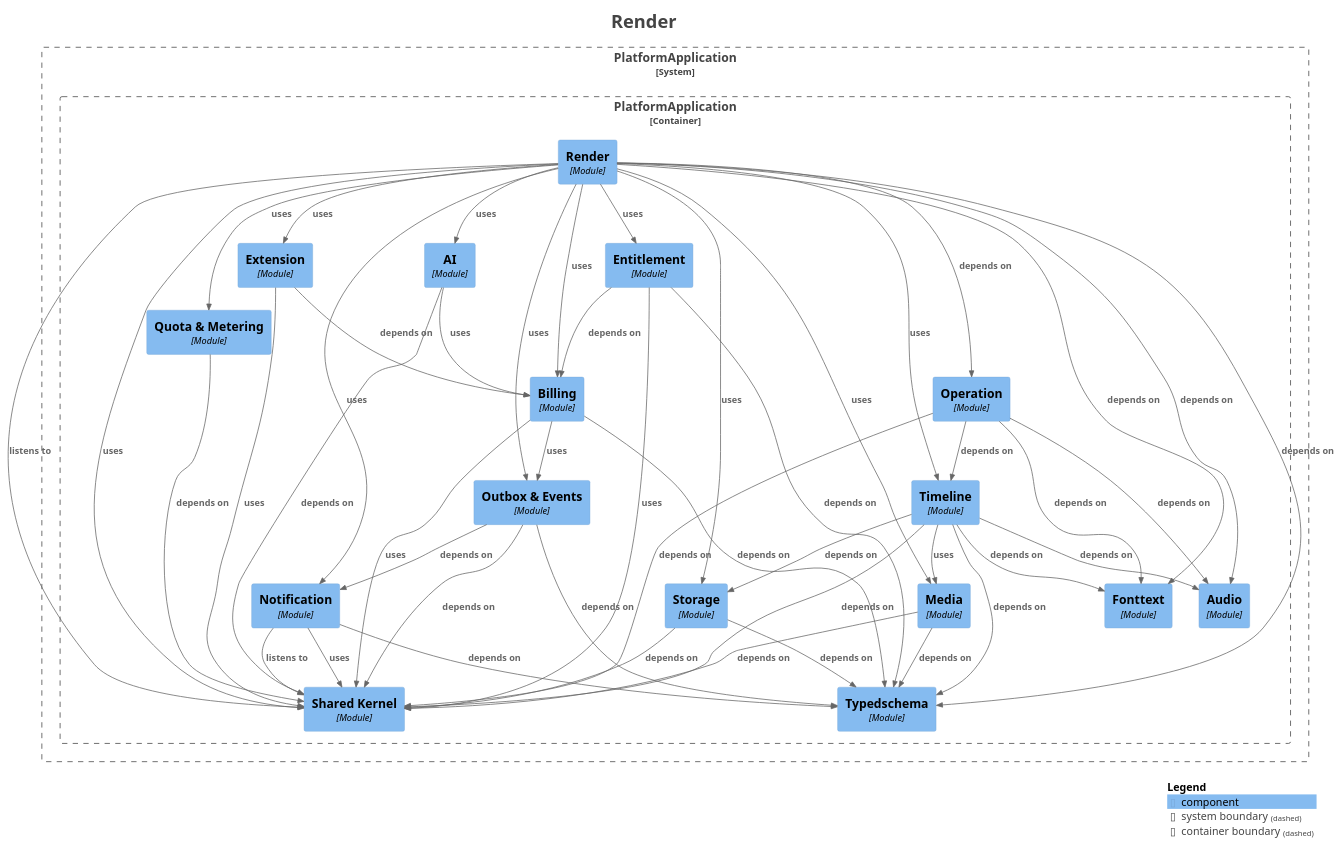
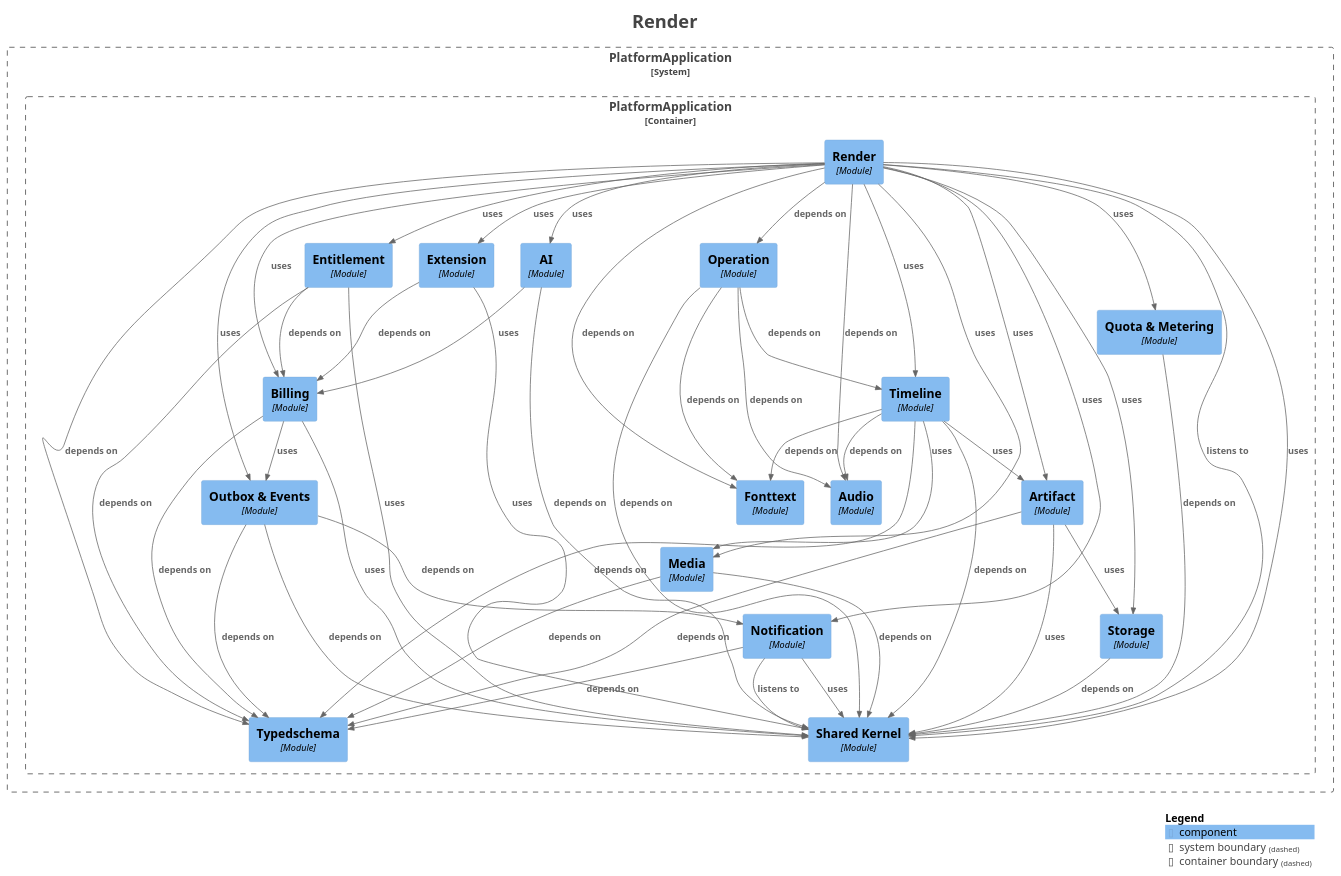
Before and after one commit to shangxq007/media-platform: the diagram in platform-app/docs/architecture/maps/generated/modulith/module-render.puml, drawn with PlantUML. The commit also changed 163 other files, not shown here.

```diff
--- a/platform-app/docs/architecture/maps/generated/modulith/module-render.puml
+++ b/platform-app/docs/architecture/maps/generated/modulith/module-render.puml
@@ -1,90 +1,94 @@
 @startuml
 title <size:24>Render</size>
 
 set separator none
 top to bottom direction
 
 <style>
   root {
     BackgroundColor: #ffffff
     FontColor: #444444
   }
 </style>
 
 !include <C4/C4>
 !include <C4/C4_Context>
 !include <C4/C4_Component>
 
 System_Boundary("PlatformApplication_boundary", "PlatformApplication", $tags="") {
   Container_Boundary("PlatformApplication.PlatformApplication_boundary", "PlatformApplication", $tags="") {
     Component(PlatformApplication.PlatformApplication.Entitlement, "Entitlement", $techn="Module", $descr="", $tags="", $link="")
     Component(PlatformApplication.PlatformApplication.Extension, "Extension", $techn="Module", $descr="", $tags="", $link="")
     Component(PlatformApplication.PlatformApplication.Fonttext, "Fonttext", $techn="Module", $descr="", $tags="", $link="")
     Component(PlatformApplication.PlatformApplication.Media, "Media", $techn="Module", $descr="", $tags="", $link="")
     Component(PlatformApplication.PlatformApplication.Notification, "Notification", $techn="Module", $descr="", $tags="", $link="")
     Component(PlatformApplication.PlatformApplication.AI, "AI", $techn="Module", $descr="", $tags="", $link="")
     Component(PlatformApplication.PlatformApplication.Operation, "Operation", $techn="Module", $descr="", $tags="", $link="")
     Component(PlatformApplication.PlatformApplication.OutboxEvents, "Outbox & Events", $techn="Module", $descr="", $tags="", $link="")
     Component(PlatformApplication.PlatformApplication.QuotaMetering, "Quota & Metering", $techn="Module", $descr="", $tags="", $link="")
     Component(PlatformApplication.PlatformApplication.Render, "Render", $techn="Module", $descr="", $tags="", $link="")
     Component(PlatformApplication.PlatformApplication.SharedKernel, "Shared Kernel", $techn="Module", $descr="", $tags="", $link="")
     Component(PlatformApplication.PlatformApplication.Storage, "Storage", $techn="Module", $descr="", $tags="", $link="")
     Component(PlatformApplication.PlatformApplication.Timeline, "Timeline", $techn="Module", $descr="", $tags="", $link="")
     Component(PlatformApplication.PlatformApplication.Typedschema, "Typedschema", $techn="Module", $descr="", $tags="", $link="")
+    Component(PlatformApplication.PlatformApplication.Artifact, "Artifact", $techn="Module", $descr="", $tags="", $link="")
     Component(PlatformApplication.PlatformApplication.Audio, "Audio", $techn="Module", $descr="", $tags="", $link="")
     Component(PlatformApplication.PlatformApplication.Billing, "Billing", $techn="Module", $descr="", $tags="", $link="")
   }
 
 }
 
 Rel(PlatformApplication.PlatformApplication.AI, PlatformApplication.PlatformApplication.Billing, "uses", $techn="", $tags="", $link="")
 Rel(PlatformApplication.PlatformApplication.AI, PlatformApplication.PlatformApplication.SharedKernel, "depends on", $techn="", $tags="", $link="")
+Rel(PlatformApplication.PlatformApplication.Artifact, PlatformApplication.PlatformApplication.SharedKernel, "uses", $techn="", $tags="", $link="")
+Rel(PlatformApplication.PlatformApplication.Artifact, PlatformApplication.PlatformApplication.Storage, "uses", $techn="", $tags="", $link="")
+Rel(PlatformApplication.PlatformApplication.Artifact, PlatformApplication.PlatformApplication.Typedschema, "depends on", $techn="", $tags="", $link="")
 Rel(PlatformApplication.PlatformApplication.Billing, PlatformApplication.PlatformApplication.OutboxEvents, "uses", $techn="", $tags="", $link="")
 Rel(PlatformApplication.PlatformApplication.Billing, PlatformApplication.PlatformApplication.SharedKernel, "uses", $techn="", $tags="", $link="")
 Rel(PlatformApplication.PlatformApplication.Billing, PlatformApplication.PlatformApplication.Typedschema, "depends on", $techn="", $tags="", $link="")
 Rel(PlatformApplication.PlatformApplication.Entitlement, PlatformApplication.PlatformApplication.Billing, "depends on", $techn="", $tags="", $link="")
 Rel(PlatformApplication.PlatformApplication.Entitlement, PlatformApplication.PlatformApplication.SharedKernel, "uses", $techn="", $tags="", $link="")
 Rel(PlatformApplication.PlatformApplication.Entitlement, PlatformApplication.PlatformApplication.Typedschema, "depends on", $techn="", $tags="", $link="")
 Rel(PlatformApplication.PlatformApplication.Extension, PlatformApplication.PlatformApplication.Billing, "depends on", $techn="", $tags="", $link="")
 Rel(PlatformApplication.PlatformApplication.Extension, PlatformApplication.PlatformApplication.SharedKernel, "uses", $techn="", $tags="", $link="")
 Rel(PlatformApplication.PlatformApplication.Media, PlatformApplication.PlatformApplication.SharedKernel, "depends on", $techn="", $tags="", $link="")
 Rel(PlatformApplication.PlatformApplication.Media, PlatformApplication.PlatformApplication.Typedschema, "depends on", $techn="", $tags="", $link="")
 Rel(PlatformApplication.PlatformApplication.Notification, PlatformApplication.PlatformApplication.SharedKernel, "listens to", $techn="", $tags="", $link="")
 Rel(PlatformApplication.PlatformApplication.Notification, PlatformApplication.PlatformApplication.SharedKernel, "uses", $techn="", $tags="", $link="")
 Rel(PlatformApplication.PlatformApplication.Notification, PlatformApplication.PlatformApplication.Typedschema, "depends on", $techn="", $tags="", $link="")
 Rel(PlatformApplication.PlatformApplication.Operation, PlatformApplication.PlatformApplication.Audio, "depends on", $techn="", $tags="", $link="")
 Rel(PlatformApplication.PlatformApplication.Operation, PlatformApplication.PlatformApplication.Fonttext, "depends on", $techn="", $tags="", $link="")
 Rel(PlatformApplication.PlatformApplication.Operation, PlatformApplication.PlatformApplication.SharedKernel, "depends on", $techn="", $tags="", $link="")
 Rel(PlatformApplication.PlatformApplication.Operation, PlatformApplication.PlatformApplication.Timeline, "depends on", $techn="", $tags="", $link="")
 Rel(PlatformApplication.PlatformApplication.OutboxEvents, PlatformApplication.PlatformApplication.Notification, "depends on", $techn="", $tags="", $link="")
 Rel(PlatformApplication.PlatformApplication.OutboxEvents, PlatformApplication.PlatformApplication.SharedKernel, "depends on", $techn="", $tags="", $link="")
 Rel(PlatformApplication.PlatformApplication.OutboxEvents, PlatformApplication.PlatformApplication.Typedschema, "depends on", $techn="", $tags="", $link="")
 Rel(PlatformApplication.PlatformApplication.QuotaMetering, PlatformApplication.PlatformApplication.SharedKernel, "depends on", $techn="", $tags="", $link="")
 Rel(PlatformApplication.PlatformApplication.Render, PlatformApplication.PlatformApplication.AI, "uses", $techn="", $tags="", $link="")
+Rel(PlatformApplication.PlatformApplication.Render, PlatformApplication.PlatformApplication.Artifact, "uses", $techn="", $tags="", $link="")
 Rel(PlatformApplication.PlatformApplication.Render, PlatformApplication.PlatformApplication.Audio, "depends on", $techn="", $tags="", $link="")
 Rel(PlatformApplication.PlatformApplication.Render, PlatformApplication.PlatformApplication.Billing, "uses", $techn="", $tags="", $link="")
 Rel(PlatformApplication.PlatformApplication.Render, PlatformApplication.PlatformApplication.Entitlement, "uses", $techn="", $tags="", $link="")
 Rel(PlatformApplication.PlatformApplication.Render, PlatformApplication.PlatformApplication.Extension, "uses", $techn="", $tags="", $link="")
 Rel(PlatformApplication.PlatformApplication.Render, PlatformApplication.PlatformApplication.Fonttext, "depends on", $techn="", $tags="", $link="")
 Rel(PlatformApplication.PlatformApplication.Render, PlatformApplication.PlatformApplication.Media, "uses", $techn="", $tags="", $link="")
 Rel(PlatformApplication.PlatformApplication.Render, PlatformApplication.PlatformApplication.Notification, "uses", $techn="", $tags="", $link="")
 Rel(PlatformApplication.PlatformApplication.Render, PlatformApplication.PlatformApplication.Operation, "depends on", $techn="", $tags="", $link="")
 Rel(PlatformApplication.PlatformApplication.Render, PlatformApplication.PlatformApplication.OutboxEvents, "uses", $techn="", $tags="", $link="")
 Rel(PlatformApplication.PlatformApplication.Render, PlatformApplication.PlatformApplication.QuotaMetering, "uses", $techn="", $tags="", $link="")
 Rel(PlatformApplication.PlatformApplication.Render, PlatformApplication.PlatformApplication.SharedKernel, "listens to", $techn="", $tags="", $link="")
 Rel(PlatformApplication.PlatformApplication.Render, PlatformApplication.PlatformApplication.SharedKernel, "uses", $techn="", $tags="", $link="")
 Rel(PlatformApplication.PlatformApplication.Render, PlatformApplication.PlatformApplication.Storage, "uses", $techn="", $tags="", $link="")
 Rel(PlatformApplication.PlatformApplication.Render, PlatformApplication.PlatformApplication.Timeline, "uses", $techn="", $tags="", $link="")
 Rel(PlatformApplication.PlatformApplication.Render, PlatformApplication.PlatformApplication.Typedschema, "depends on", $techn="", $tags="", $link="")
 Rel(PlatformApplication.PlatformApplication.Storage, PlatformApplication.PlatformApplication.SharedKernel, "depends on", $techn="", $tags="", $link="")
-Rel(PlatformApplication.PlatformApplication.Storage, PlatformApplication.PlatformApplication.Typedschema, "depends on", $techn="", $tags="", $link="")
+Rel(PlatformApplication.PlatformApplication.Timeline, PlatformApplication.PlatformApplication.Artifact, "uses", $techn="", $tags="", $link="")
 Rel(PlatformApplication.PlatformApplication.Timeline, PlatformApplication.PlatformApplication.Audio, "depends on", $techn="", $tags="", $link="")
 Rel(PlatformApplication.PlatformApplication.Timeline, PlatformApplication.PlatformApplication.Fonttext, "depends on", $techn="", $tags="", $link="")
 Rel(PlatformApplication.PlatformApplication.Timeline, PlatformApplication.PlatformApplication.Media, "uses", $techn="", $tags="", $link="")
 Rel(PlatformApplication.PlatformApplication.Timeline, PlatformApplication.PlatformApplication.SharedKernel, "depends on", $techn="", $tags="", $link="")
-Rel(PlatformApplication.PlatformApplication.Timeline, PlatformApplication.PlatformApplication.Storage, "depends on", $techn="", $tags="", $link="")
 Rel(PlatformApplication.PlatformApplication.Timeline, PlatformApplication.PlatformApplication.Typedschema, "depends on", $techn="", $tags="", $link="")
 
 SHOW_LEGEND(true)
 hide stereotypes
 @enduml
```
